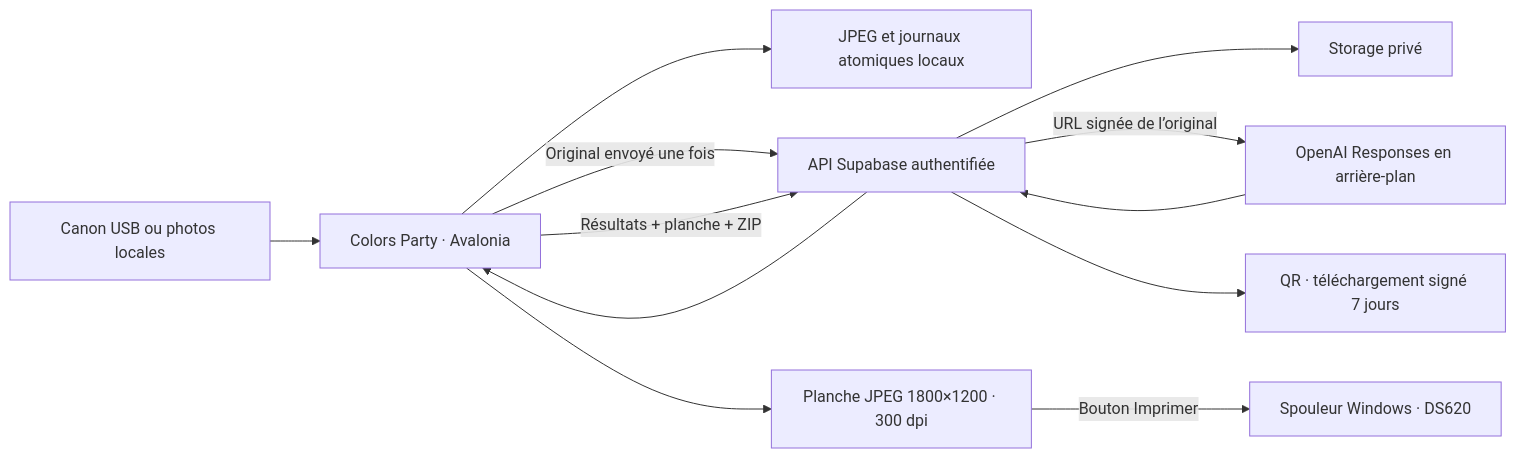
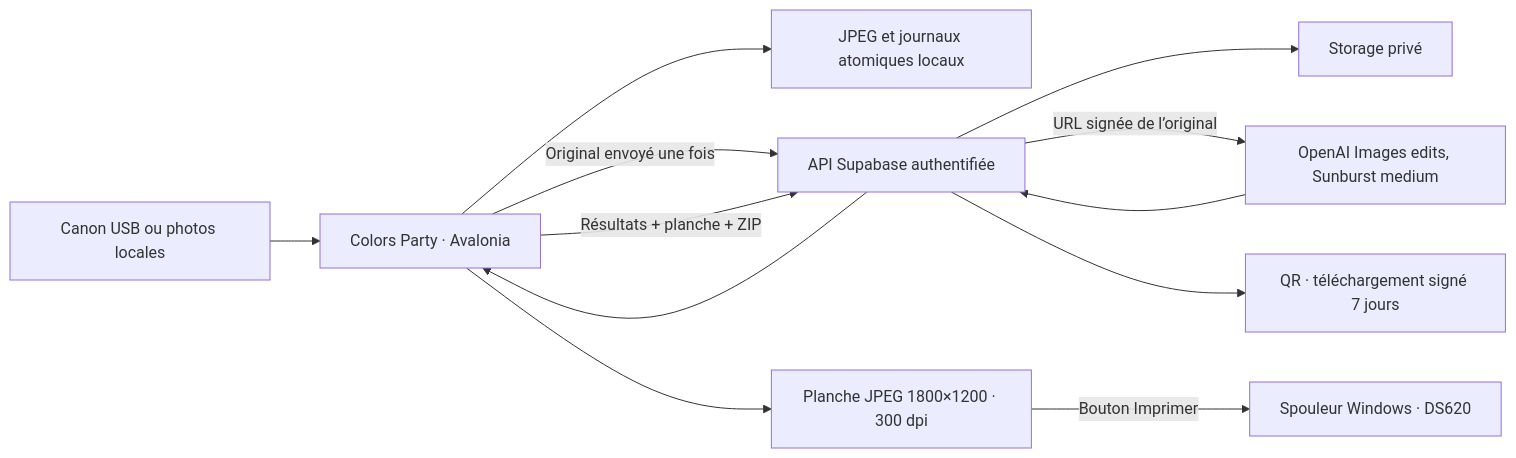
Before and after one commit to djnivek/PhotoBooth: the diagram in docs/ARCHITECTURE.md, drawn with Mermaid. The commit also changed other lines of this file and 58 other files, not shown here.

````diff
--- a/docs/ARCHITECTURE.md
+++ b/docs/ARCHITECTURE.md
@@ -5,14 +5,14 @@
 ```mermaid
 flowchart LR
   CAMERA[Canon USB ou photos locales] --> APP[Colors Party · Avalonia]
   APP --> LOCAL[JPEG et journaux atomiques locaux]
   APP -->|Original envoyé une fois| API[API Supabase authentifiée]
   API --> STORAGE[Storage privé]
-  API -->|URL signée de l’original| AI[OpenAI Responses en arrière-plan]
+  API -->|URL signée de l’original| AI[OpenAI Images edits, Sunburst medium]
   AI --> API
   API --> APP
   APP --> SHEET[Planche JPEG 1800×1200 · 300 dpi]
   SHEET -->|Bouton Imprimer| GDI[Spouleur Windows · DS620]
   APP -->|Résultats + planche + ZIP| API
   API --> QR[QR · téléchargement signé 7 jours]
 ```
````
